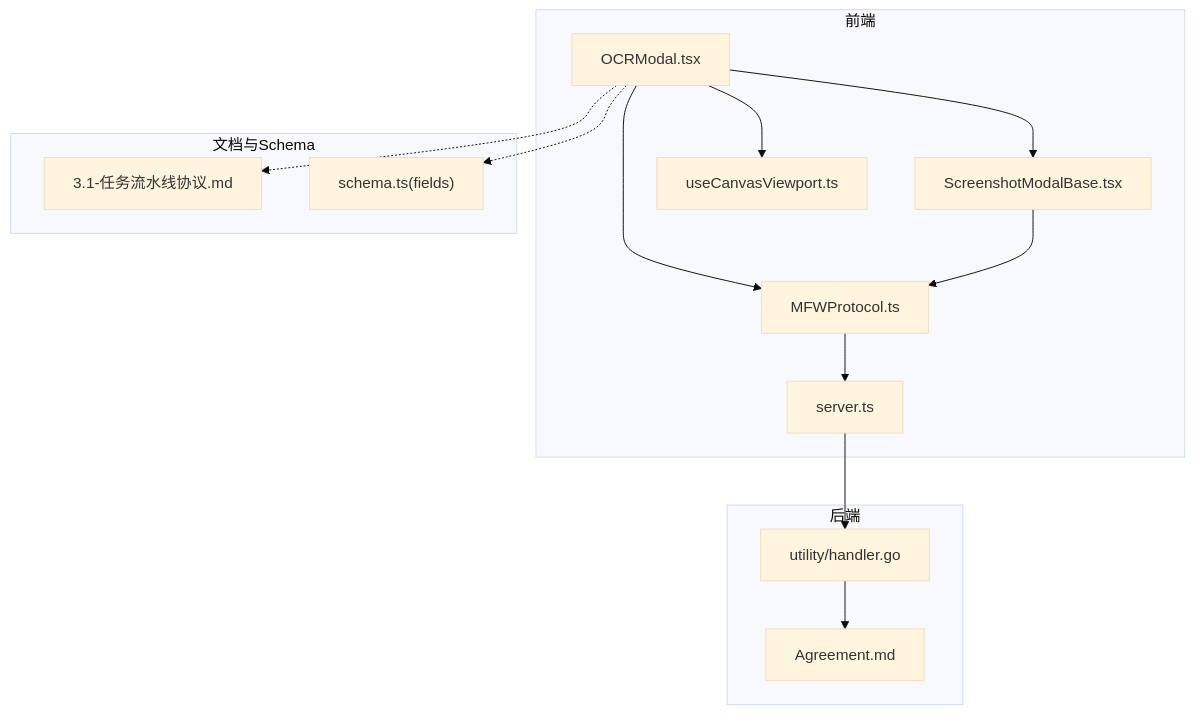
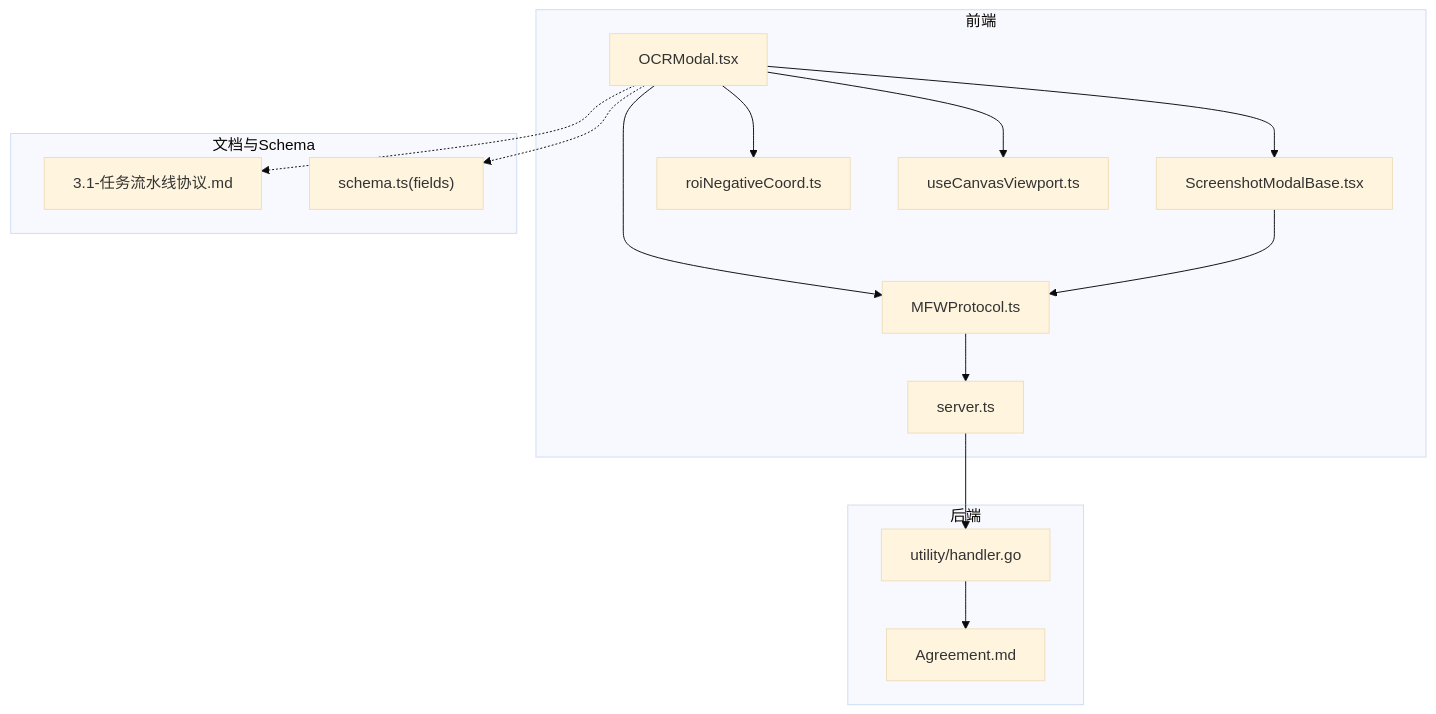
The first of 5 diagrams in .qoder/repowiki/zh/content/核心概念/OCR识别模态框.md (kqcoxn/MaaPipelineEditor), drawn with Mermaid (base theme) before and after one commit. The commit also changed other lines of this file and 9 other files, not shown here.

````diff
--- a/.qoder/repowiki/zh/content/核心概念/OCR识别模态框.md
+++ b/.qoder/repowiki/zh/content/核心概念/OCR识别模态框.md
@@ -41,27 +50,29 @@
 ```mermaid
 graph TB
 subgraph "前端"
 OCR["OCRModal.tsx"]
 Base["ScreenshotModalBase.tsx"]
+Utils["roiNegativeCoord.ts"]
 Hook["useCanvasViewport.ts"]
 Proto["MFWProtocol.ts"]
 WS["server.ts"]
 end
 subgraph "后端"
 UH["utility/handler.go"]
 AG["Agreement.md"]
 end
 subgraph "文档与Schema"
 DOC["3.1-任务流水线协议.md"]
 SCHEMA["schema.ts(fields)"]
 end
 OCR --> Base
+OCR --> Utils
 OCR --> Hook
 OCR --> Proto
 Base --> Proto
 Proto --> WS
 WS --> UH
 UH --> AG
 OCR -.-> DOC
 OCR -.-> SCHEMA
 ```
````
